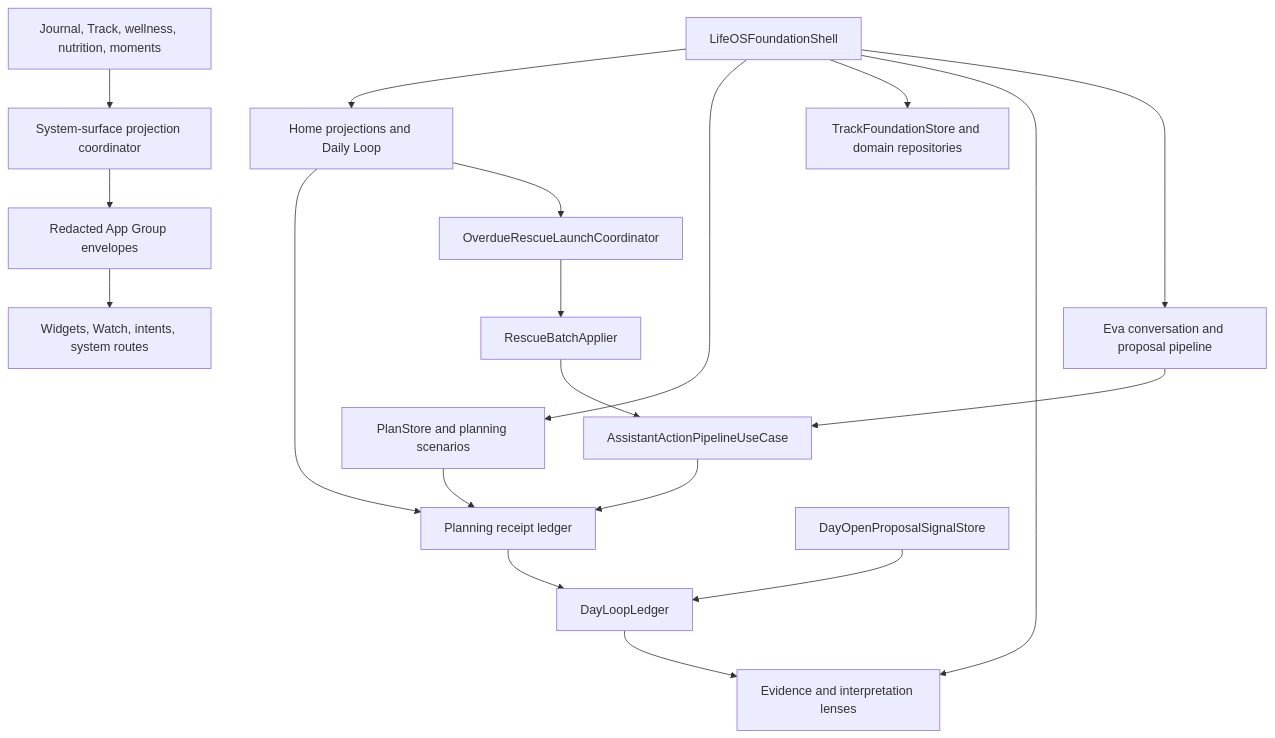
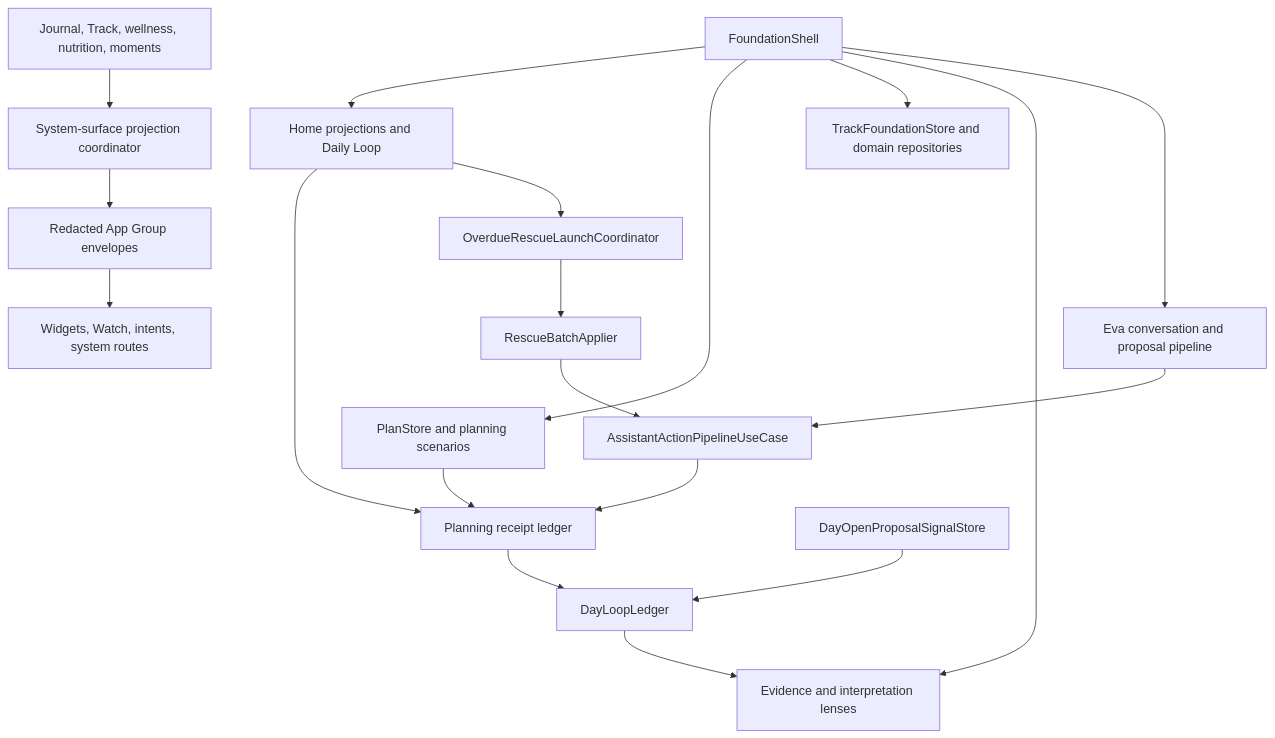
The diagram in docs/life-os/LIFEBOARD_UNIFIED_IMPLEMENTATION_GUIDE.md (Saransh-Sharma/Tasker), drawn with Mermaid before and after one commit. The commit also changed other lines of this file and 42 other files, not shown here.

````diff
--- a/docs/life-os/LIFEBOARD_UNIFIED_IMPLEMENTATION_GUIDE.md
+++ b/docs/life-os/LIFEBOARD_UNIFIED_IMPLEMENTATION_GUIDE.md
@@ -38,25 +43,25 @@
 ```mermaid
 flowchart TD
-    Shell["LifeOSFoundationShell"] --> Home["Home projections and Daily Loop"]
+    Shell["FoundationShell"] --> Home["Home projections and Daily Loop"]
     Shell --> Plan["PlanStore and planning scenarios"]
     Shell --> Track["TrackFoundationStore and domain repositories"]
     Shell --> Insights["Evidence and interpretation lenses"]
     Shell --> Eva["Eva conversation and proposal pipeline"]
 
     Home --> Receipts["Planning receipt ledger"]
     Plan --> Receipts
     Eva --> Pipeline["AssistantActionPipelineUseCase"]
     Pipeline --> Receipts
 
     Receipts --> LoopLedger["DayLoopLedger"]
     Sidecar["DayOpenProposalSignalStore"] --> LoopLedger
     LoopLedger --> Insights
 
     Home --> RescueLaunch["OverdueRescueLaunchCoordinator"]
     RescueLaunch --> RescueApply["RescueBatchApplier"]
     RescueApply --> Pipeline
 
     DomainStores["Journal, Track, wellness, nutrition, moments"] --> Projector["System-surface projection coordinator"]
     Projector --> Envelope["Redacted App Group envelopes"]
     Envelope --> Extensions["Widgets, Watch, intents, system routes"]
 ```
````
